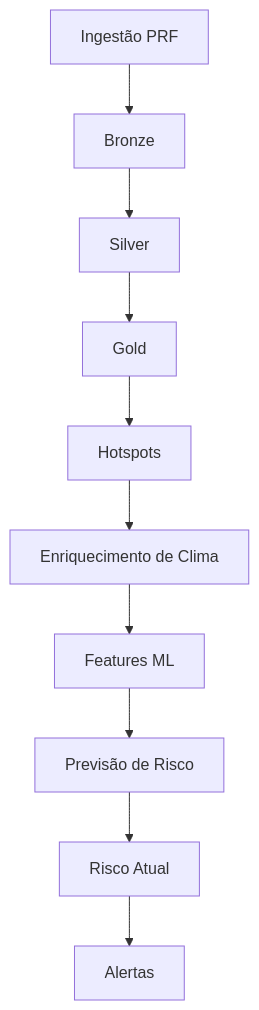
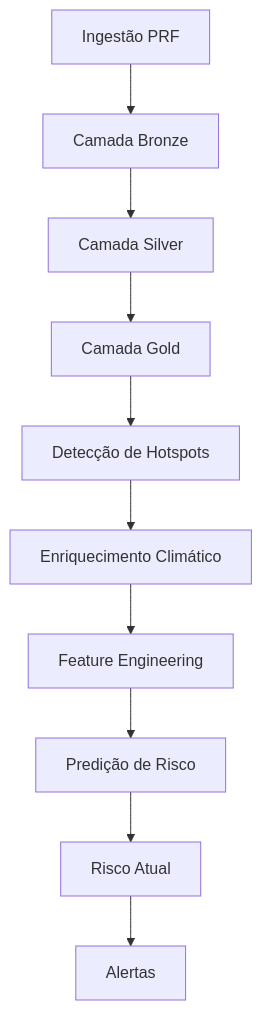
One commit to BryanWille/br381-risk-pipeline changed the diagram in README.md. Above: the diagram before and after it, drawn with Mermaid. The commit also changed other lines of this file, not shown here.

````diff
--- a/README.md
+++ b/README.md
@@ -29,12 +34,12 @@
 ```mermaid
 flowchart TD
-    A[Ingestão PRF] --> B[Bronze]
-    B --> C[Silver]
-    C --> D[Gold]
-    D --> E[Hotspots]
-    E --> F[Enriquecimento de Clima]
-    F --> G[Features ML]
-    G --> H[Previsão de Risco]
+    A[Ingestão PRF] --> B[Camada Bronze]
+    B --> C[Camada Silver]
+    C --> D[Camada Gold]
+    D --> E[Detecção de Hotspots]
+    E --> F[Enriquecimento Climático]
+    F --> G[Feature Engineering]
+    G --> H[Predição de Risco]
     H --> I[Risco Atual]
     I --> J[Alertas]
 ```
````
